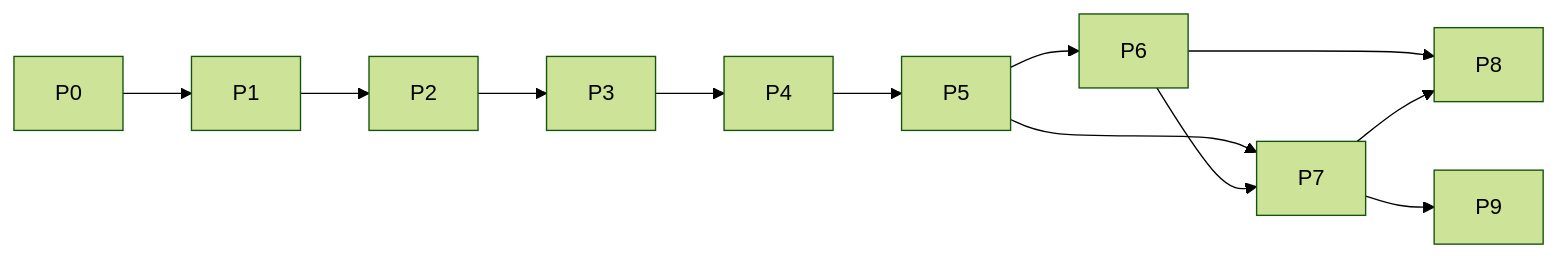
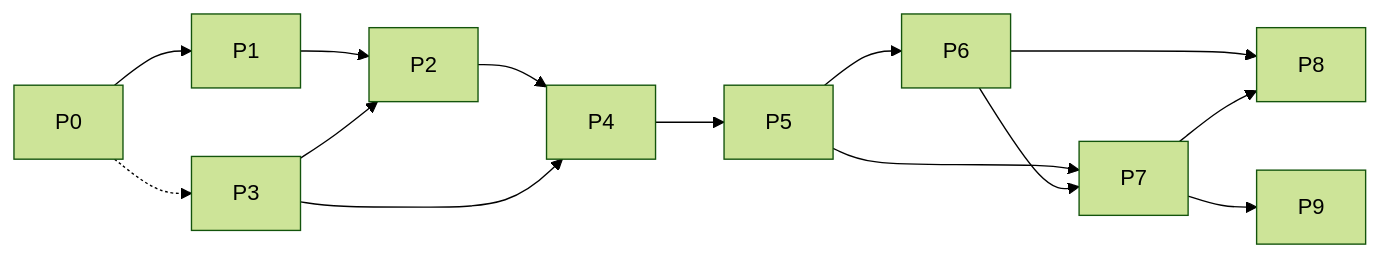
Before and after one commit to Crown-OS/crownos-visual-context-engine: the diagram in docs/08-implementation-plan.md, drawn with Mermaid (forest theme). The commit also changed other lines of this file, not shown here.

````diff
--- a/docs/08-implementation-plan.md
+++ b/docs/08-implementation-plan.md
@@ -146,7 +175,10 @@
 ```mermaid
 flowchart LR
-  P0 --> P1 --> P2 --> P3 --> P4 --> P5 --> P6 --> P8
+  P0 --> P1 --> P2 --> P4 --> P5 --> P6 --> P8
+  P0 -.-> P3
+  P3 --> P2
+  P3 --> P4
   P5 --> P7
   P6 --> P7 --> P9
   P7 --> P8
 ```
````
